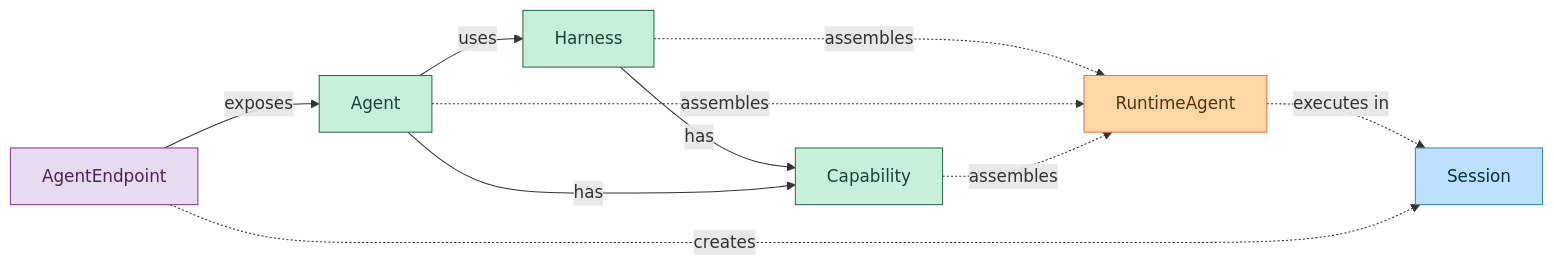
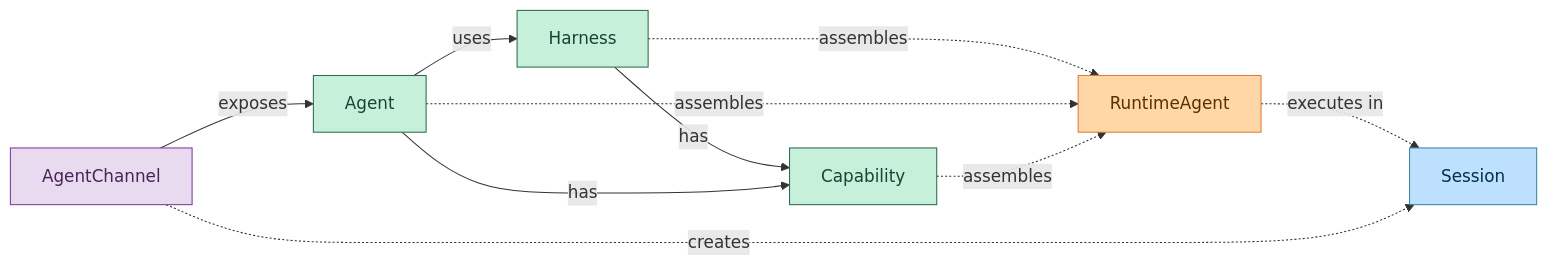
One commit to everruns/everruns changed the first of 3 diagrams in knowledge/foundations/concepts.md. Above: the diagram before and after it, drawn with Mermaid. The commit also changed other lines of this file and 27 other files, not shown here.

````diff
--- a/knowledge/foundations/concepts.md
+++ b/knowledge/foundations/concepts.md
@@ -17,25 +17,25 @@
 ```mermaid
 graph LR
     Agent -->|uses| Harness
     Harness -->|has| Capability
     Agent -->|has| Capability
 
     Harness -.->|assembles| RuntimeAgent
     Agent -.->|assembles| RuntimeAgent
     Capability -.->|assembles| RuntimeAgent
 
     RuntimeAgent -.->|executes in| Session
 
-    AgentEndpoint -->|exposes| Agent
-    AgentEndpoint -.->|creates| Session
+    AgentChannel -->|exposes| Agent
+    AgentChannel -.->|creates| Session
 
     classDef config fill:#c7f0db,stroke:#2d6a4f,color:#1b4332
     classDef assembly fill:#ffd6a5,stroke:#e07b39,color:#5a3000
     classDef runtime fill:#bde0fe,stroke:#3a86a8,color:#023047
     classDef deploy fill:#e8daef,stroke:#7d3c98,color:#4a235a
 
     class Harness,Agent,Capability config
     class RuntimeAgent assembly
     class Session runtime
-    class AgentEndpoint deploy
+    class AgentChannel deploy
 ```
````
